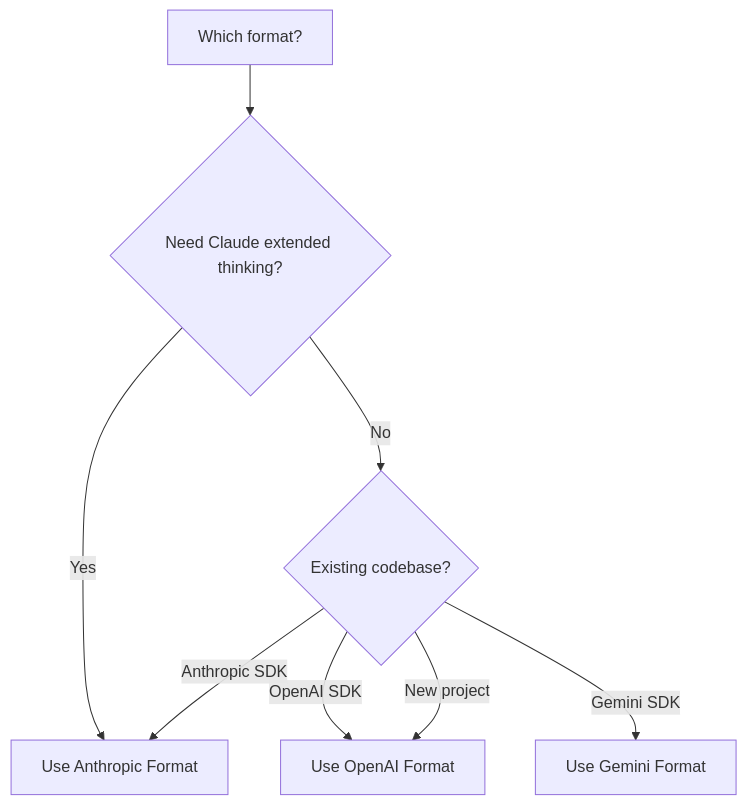
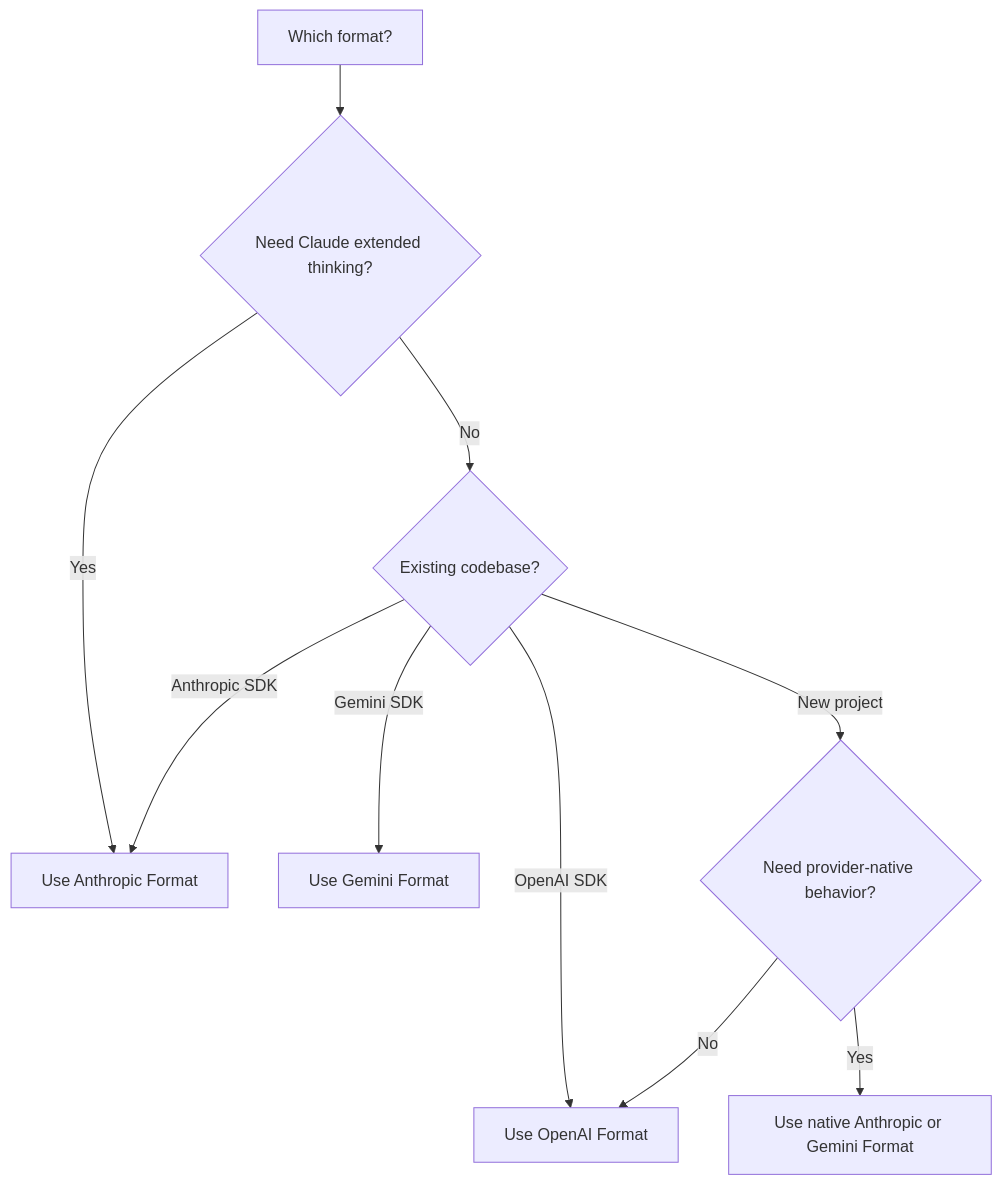
Before and after one commit to hedging8563/lemondata-docs: the diagram in ar/guides/api-formats.mdx, drawn with Mermaid. The commit also changed other lines of this file and 70 other files, not shown here.

````diff
--- a/ar/guides/api-formats.mdx
+++ b/ar/guides/api-formats.mdx
@@ -171,10 +171,12 @@
 ```mermaid
 graph TD
     A[Which format?] --> B{Need Claude extended thinking?}
     B -->|Yes| C[Use Anthropic Format]
     B -->|No| D{Existing codebase?}
     D -->|OpenAI SDK| E[Use OpenAI Format]
     D -->|Anthropic SDK| C
     D -->|Gemini SDK| F[Use Gemini Format]
-    D -->|New project| E
+    D -->|New project| G{Need provider-native behavior?}
+    G -->|Yes| H[Use native Anthropic or Gemini Format]
+    G -->|No| E
 ```
````
